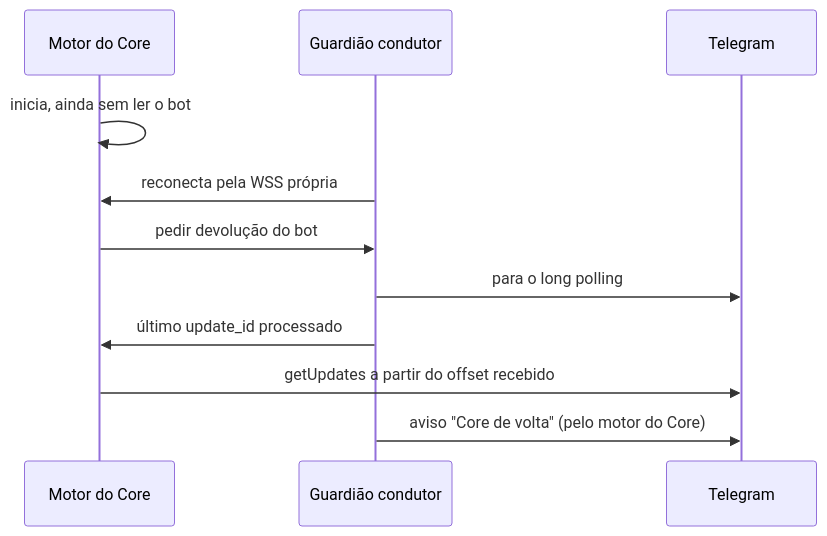
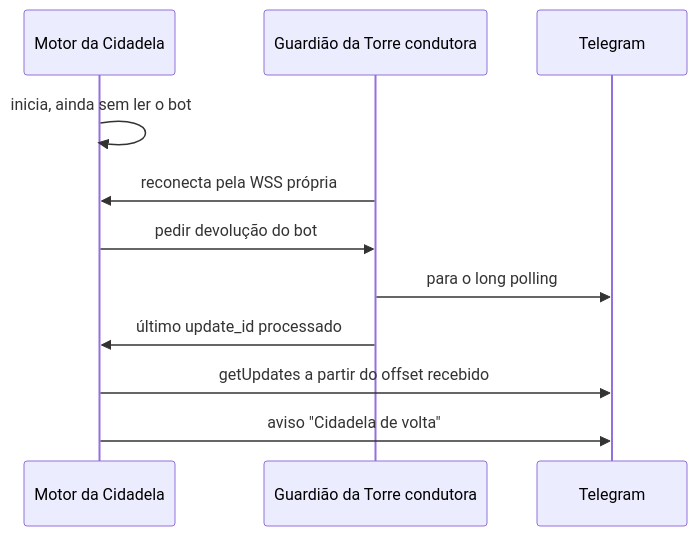
One commit to lucasndas/mestre changed the diagram in docs/autocura/telegram-modo-reduzido.md. Above: the diagram before and after it, drawn with Mermaid. The commit also changed other lines of this file and 142 other files, not shown here.

````diff
--- a/docs/autocura/telegram-modo-reduzido.md
+++ b/docs/autocura/telegram-modo-reduzido.md
@@ -53,13 +55,13 @@
 ```mermaid
 sequenceDiagram
-  participant MC as Motor do Core
-  participant G as Guardião condutor
+  participant MC as Motor da Cidadela
+  participant G as Guardião da Torre condutora
   participant T as Telegram
   MC->>MC: inicia, ainda sem ler o bot
   G->>MC: reconecta pela WSS própria
   MC->>G: pedir devolução do bot
   G->>T: para o long polling
   G->>MC: último update_id processado
   MC->>T: getUpdates a partir do offset recebido
-  G->>T: aviso "Core de volta" (pelo motor do Core)
+  MC->>T: aviso "Cidadela de volta"
 ```
````
